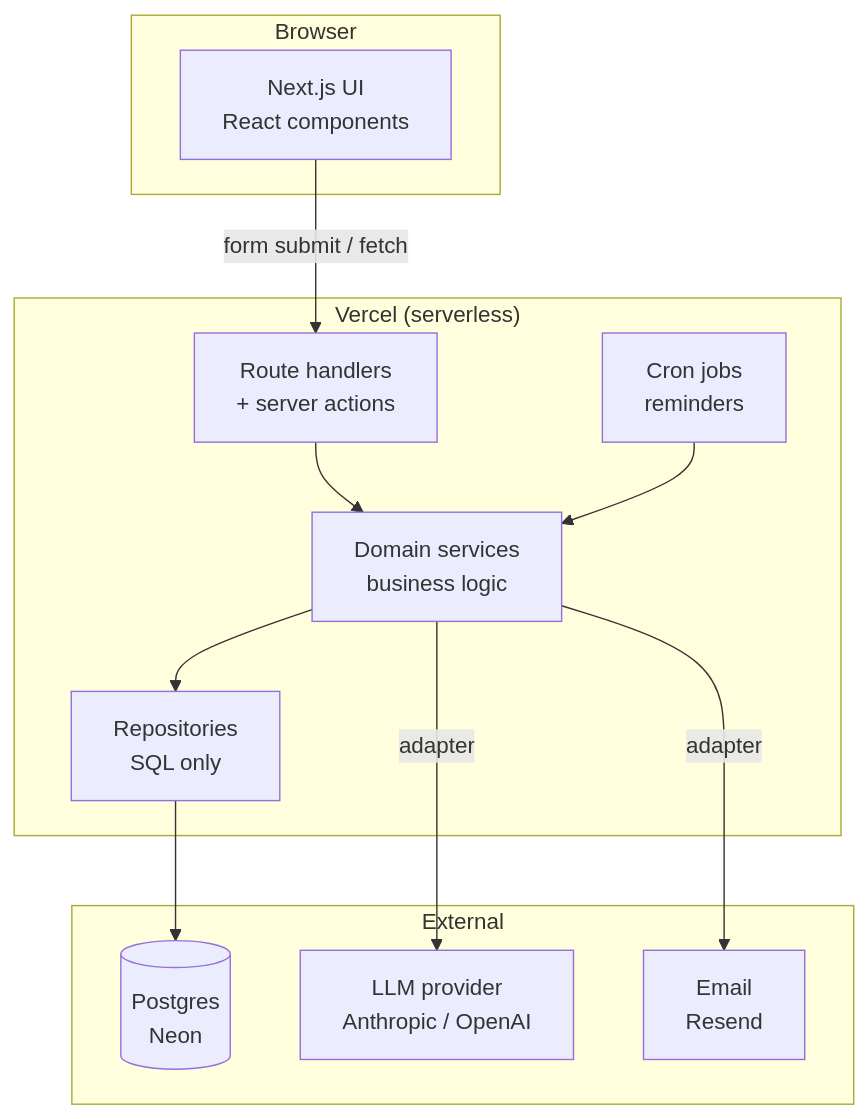
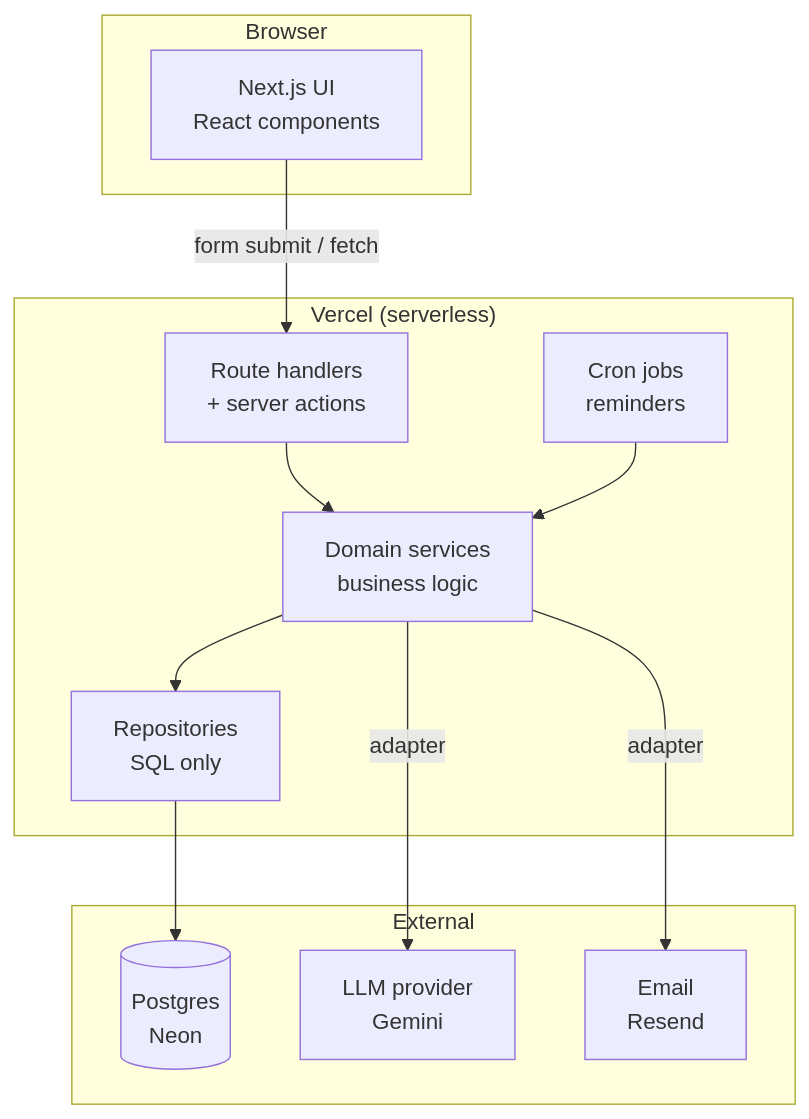
Before and after one commit to chanchreekjain/jobtrail: the first of 2 diagrams in docs/ARCHITECTURE.md, drawn with Mermaid. The commit also changed other lines of this file and 1 other file, not shown here.

Commit message:
update architecture doc to Gemini

````diff
--- a/docs/ARCHITECTURE.md
+++ b/docs/ARCHITECTURE.md
@@ -44,27 +44,27 @@
 ```mermaid
 flowchart TB
     subgraph Browser
         UI[Next.js UI<br/>React components]
     end
 
     subgraph "Vercel (serverless)"
         RH[Route handlers<br/>+ server actions]
         SVC[Domain services<br/>business logic]
         REPO[Repositories<br/>SQL only]
         CRON[Cron jobs<br/>reminders]
     end
 
     subgraph External
         DB[(Postgres<br/>Neon)]
-        LLM[LLM provider<br/>Anthropic / OpenAI]
+        LLM[LLM provider<br/>Gemini]
         MAIL[Email<br/>Resend]
     end
 
     UI -->|form submit / fetch| RH
     RH --> SVC
     SVC --> REPO
     SVC -->|adapter| LLM
     REPO --> DB
     CRON --> SVC
     SVC -->|adapter| MAIL
 ```
````
